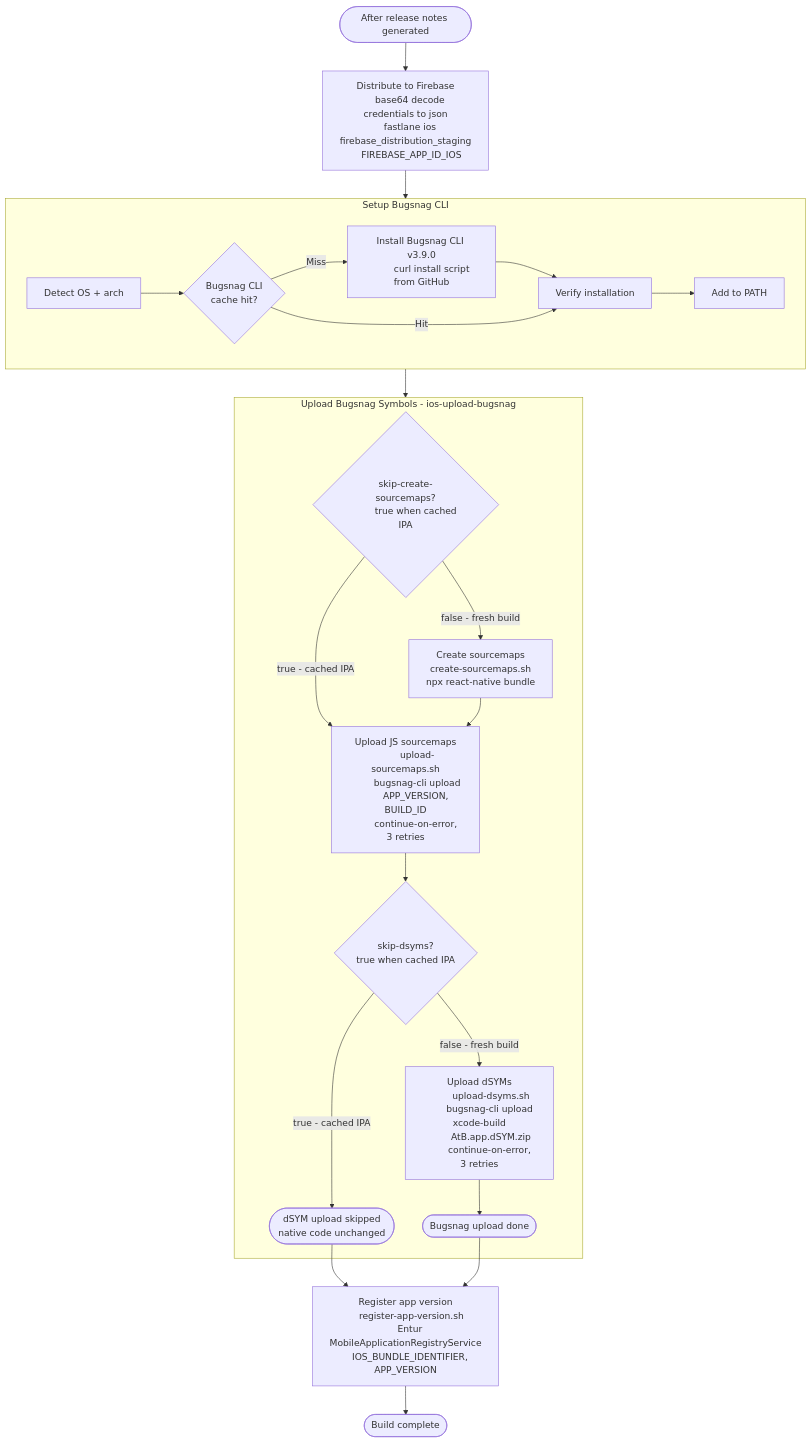
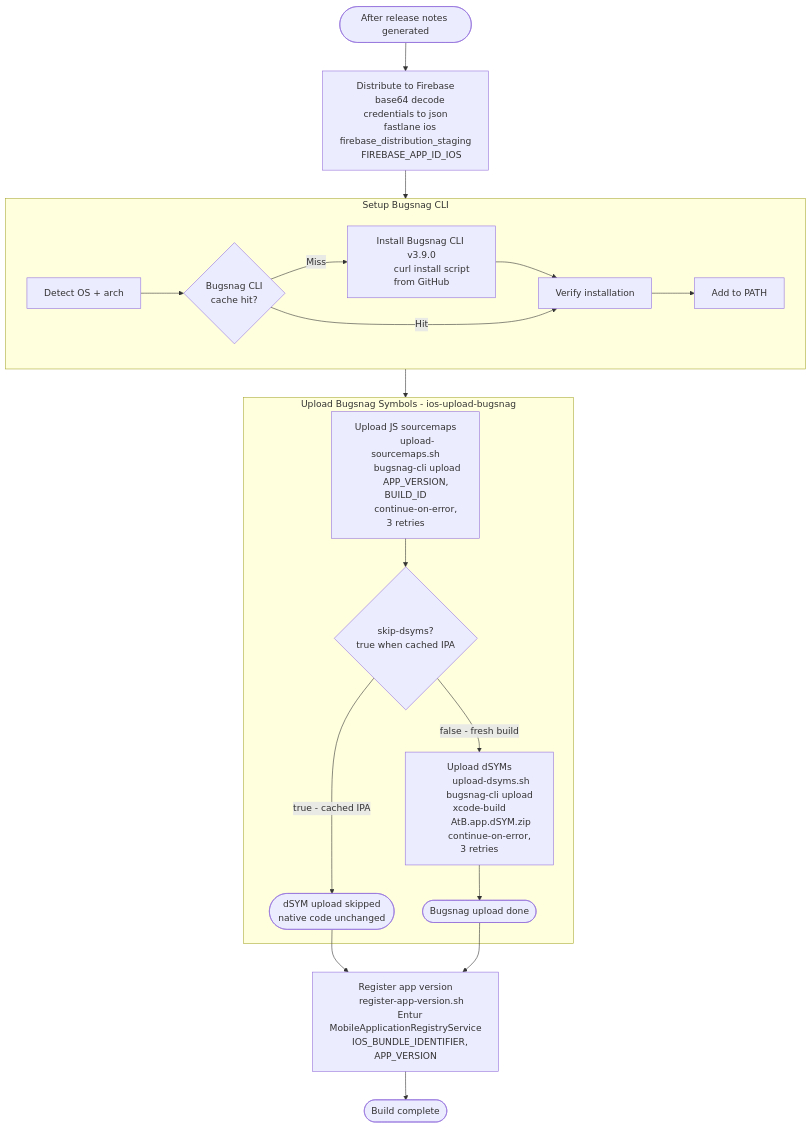
Before and after one commit to AtB-AS/mittatb-app: the fifth of 7 diagrams in docs/ios-build-staging-graph.md, drawn with Mermaid. The commit also changed other lines of this file and 9 other files, not shown here.

````diff
--- a/docs/ios-build-staging-graph.md
+++ b/docs/ios-build-staging-graph.md
@@ -243,66 +243,59 @@
 ```mermaid
 flowchart TD
     release_notes(["After release notes generated"])
 
     release_notes --> firebase["Distribute to Firebase
     base64 decode credentials to json
     fastlane ios firebase_distribution_staging
     FIREBASE_APP_ID_IOS"]
 
     firebase --> bugsnag_cli_setup
 
     subgraph bugsnag_cli_setup ["Setup Bugsnag CLI"]
         bs_detect["Detect OS + arch"]
         bs_cache{"Bugsnag CLI
         cache hit?"}
         bs_install["Install Bugsnag CLI v3.9.0
         curl install script from GitHub"]
         bs_verify["Verify installation"]
         bs_path["Add to PATH"]
 
         bs_detect --> bs_cache
         bs_cache -- Miss --> bs_install --> bs_verify
         bs_cache -- Hit --> bs_verify
         bs_verify --> bs_path
     end
 
     bugsnag_cli_setup --> bugsnag_upload
 
     subgraph bugsnag_upload ["Upload Bugsnag Symbols - ios-upload-bugsnag"]
-        sm_check{"skip-create-sourcemaps?
-        true when cached IPA"}
-        sm_check -- "false - fresh build" --> create_sm["Create sourcemaps
-        create-sourcemaps.sh
-        npx react-native bundle"]
-        sm_check -- "true - cached IPA" --> upload_sm
-
-        create_sm --> upload_sm["Upload JS sourcemaps
+        upload_sm["Upload JS sourcemaps
         upload-sourcemaps.sh
         bugsnag-cli upload
         APP_VERSION, BUILD_ID
         continue-on-error, 3 retries"]
 
         upload_sm --> dsym_check{"skip-dsyms?
         true when cached IPA"}
 
         dsym_check -- "false - fresh build" --> upload_dsym["Upload dSYMs
         upload-dsyms.sh
         bugsnag-cli upload xcode-build
         AtB.app.dSYM.zip
         continue-on-error, 3 retries"]
         dsym_check -- "true - cached IPA" --> dsym_skip(["dSYM upload skipped
         native code unchanged"])
 
         upload_dsym --> bugsnag_done(["Bugsnag upload done"])
     end
 
     dsym_skip --> register
     bugsnag_done --> register
 
     register["Register app version
     register-app-version.sh
     Entur MobileApplicationRegistryService
     IOS_BUNDLE_IDENTIFIER, APP_VERSION"]
 
     register --> done(["Build complete"])
 ```
````
